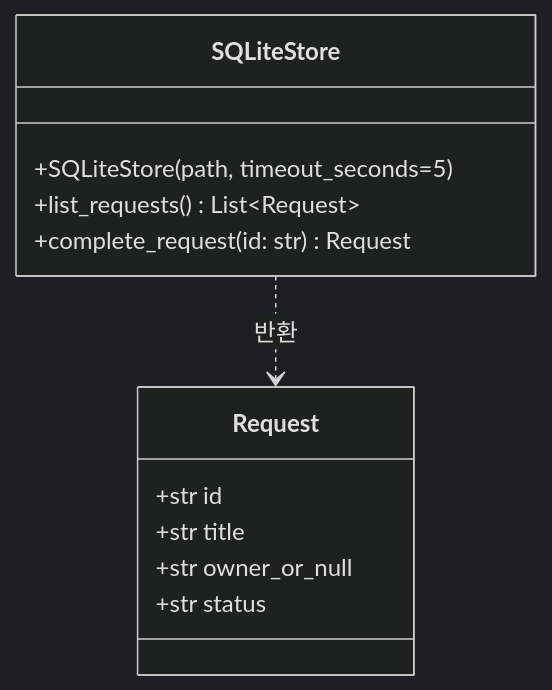
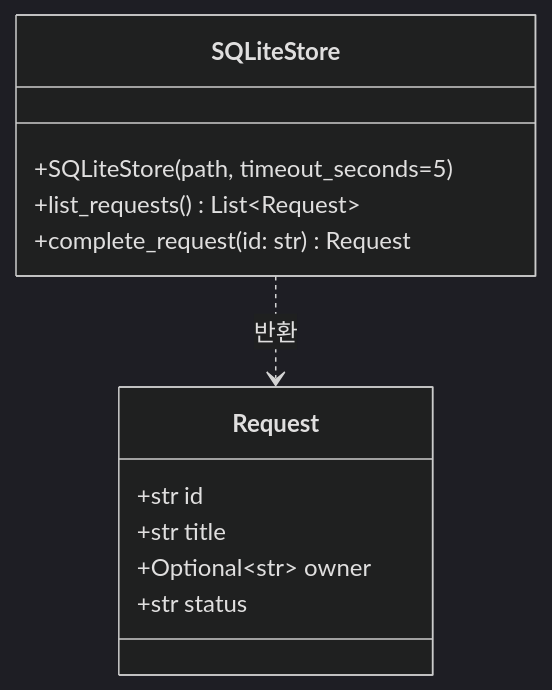
The second of 3 diagrams in docs/research/sdlc-documentation/spec-plan-design/candidate/examples/M01/design/architecture.md (bifrost17/ai-native-sdlc-sample), drawn with Mermaid (dark theme) before and after one commit. The commit also changed other lines of this file and 16 other files, not shown here.

````diff
--- a/docs/research/sdlc-documentation/spec-plan-design/candidate/examples/M01/design/architecture.md
+++ b/docs/research/sdlc-documentation/spec-plan-design/candidate/examples/M01/design/architecture.md
@@ -23,15 +23,15 @@
 ```mermaid
 classDiagram
   class SQLiteStore {
     +SQLiteStore(path, timeout_seconds=5)
     +list_requests() List~Request~
     +complete_request(id: str) Request
   }
   class Request {
     +str id
     +str title
-    +str owner_or_null
+    +Optional~str~ owner
     +str status
   }
   SQLiteStore ..> Request : 반환
 ```
````
